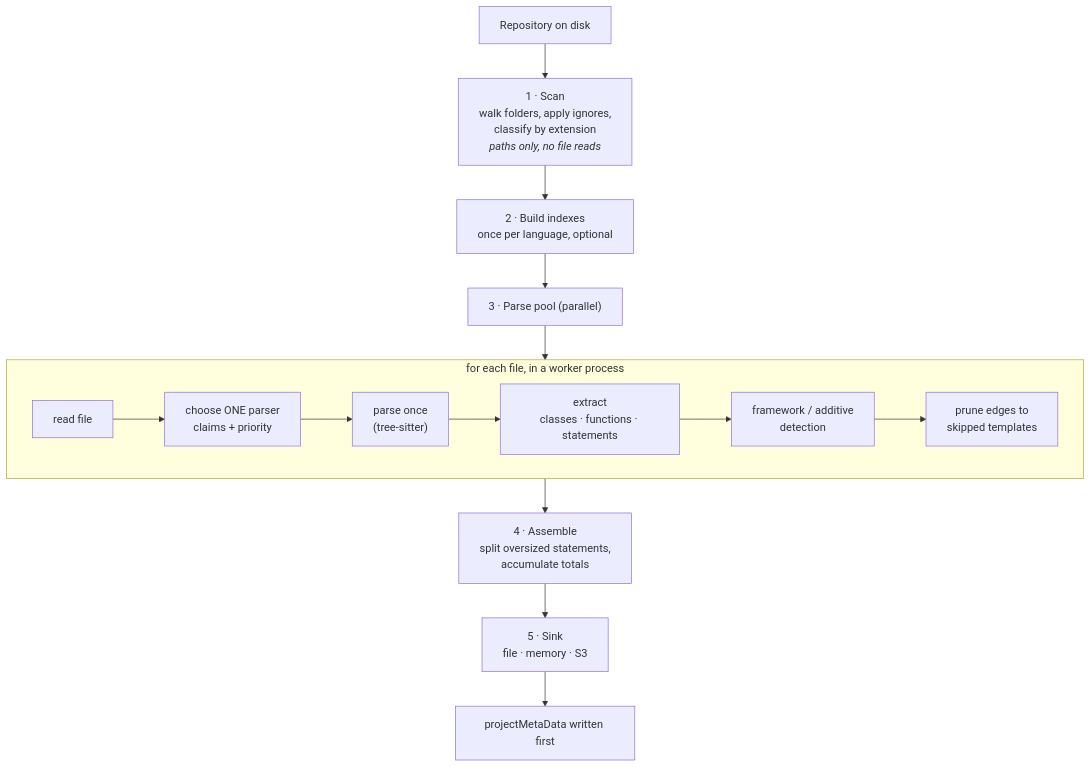
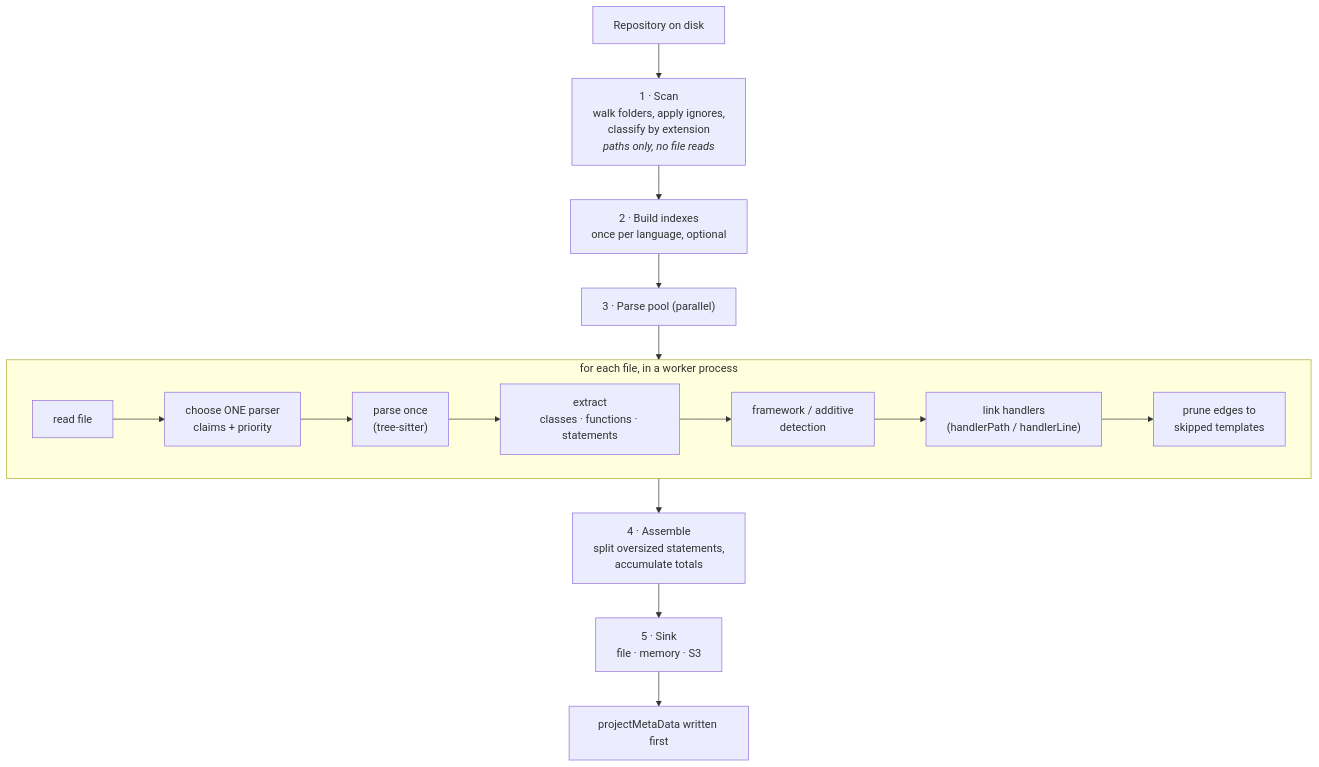
Before and after one commit to accionlabs/breezeai-cog: the second of 9 diagrams in docs/architecture.md, drawn with Mermaid. The commit also changed other lines of this file and 43 other files, not shown here.

Commit message:
fix(ruby-parser): address route extraction, framework detection, method parsing, and import resolution gaps

````diff
--- a/docs/architecture.md
+++ b/docs/architecture.md
@@ -125,13 +125,13 @@
 ```mermaid
 flowchart TD
   A[Repository on disk] --> B["1 · Scan<br/>walk folders, apply ignores,<br/>classify by extension<br/><i>paths only, no file reads</i>"]
   B --> C["2 · Build indexes<br/>once per language, optional"]
   C --> D["3 · Parse pool (parallel)"]
   subgraph D3 [" for each file, in a worker process "]
-    D1[read file] --> D2["choose ONE parser<br/>claims + priority"] --> D4["parse once<br/>(tree-sitter)"] --> D5["extract<br/>classes · functions · statements"] --> D6["framework / additive<br/>detection"] --> D7[prune edges to<br/>skipped templates]
+    D1[read file] --> D2["choose ONE parser<br/>claims + priority"] --> D4["parse once<br/>(tree-sitter)"] --> D5["extract<br/>classes · functions · statements"] --> D6["framework / additive<br/>detection"] --> D8["link handlers<br/>(handlerPath / handlerLine)"] --> D7[prune edges to<br/>skipped templates]
   end
   D --> D3
   D3 --> E["4 · Assemble<br/>split oversized statements,<br/>accumulate totals"]
   E --> F["5 · Sink<br/>file · memory · S3"]
   F --> G[projectMetaData written first]
 ```
````
